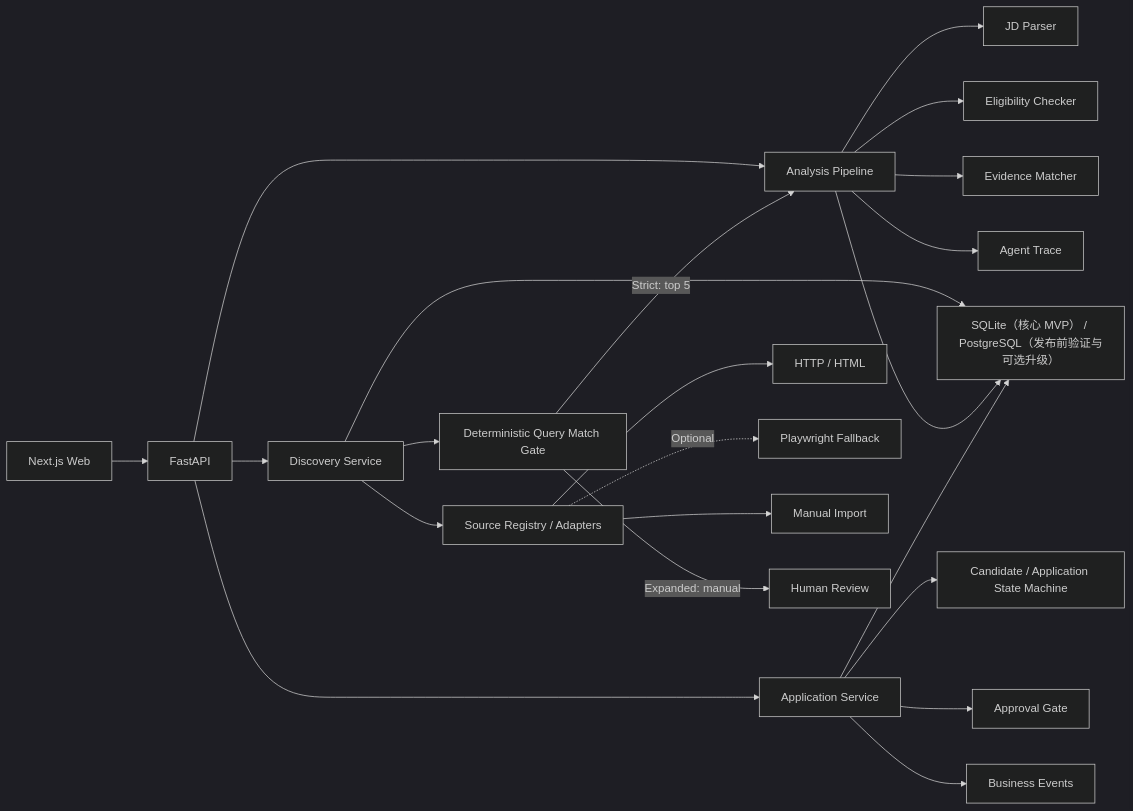
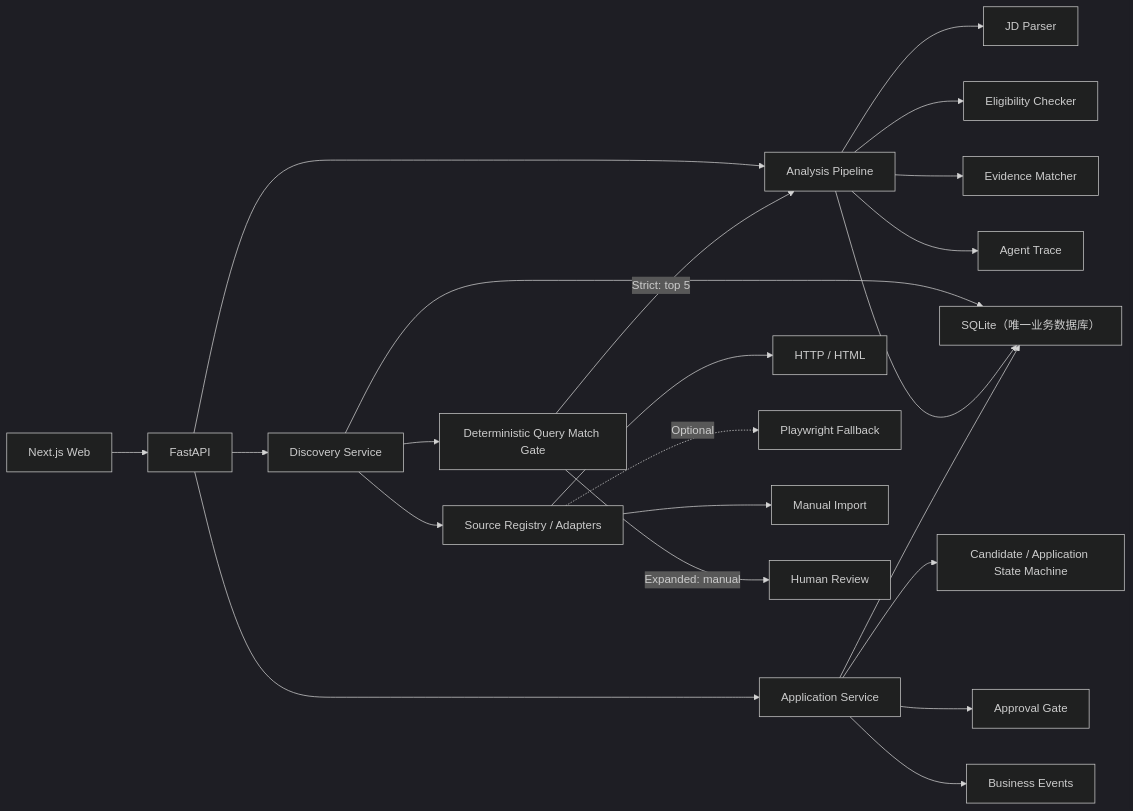
The first of 2 diagrams in README.md (qingyingxy/jobflow-agent), drawn with Mermaid (dark theme) before and after one commit. The commit also changed other lines of this file and 20 other files, not shown here.

````diff
--- a/README.md
+++ b/README.md
@@ -554,28 +554,28 @@
 ```mermaid
 flowchart LR
     UI["Next.js Web"] --> API["FastAPI"]
     API --> DISCOVERY["Discovery Service"]
     API --> ANALYSIS["Analysis Pipeline"]
     API --> APPLICATION["Application Service"]
 
     DISCOVERY --> SOURCES["Source Registry / Adapters"]
     SOURCES --> HTTP["HTTP / HTML"]
     SOURCES -. Optional .-> BROWSER["Playwright Fallback"]
     SOURCES --> MANUAL["Manual Import"]
     DISCOVERY --> GATE["Deterministic Query Match Gate"]
     GATE -->|"Strict: top 5"| ANALYSIS
     GATE -->|"Expanded: manual"| HUMAN["Human Review"]
 
     ANALYSIS --> PARSER["JD Parser"]
     ANALYSIS --> ELIGIBILITY["Eligibility Checker"]
     ANALYSIS --> MATCHER["Evidence Matcher"]
 
     APPLICATION --> STATE["Candidate / Application State Machine"]
     APPLICATION --> APPROVAL["Approval Gate"]
     APPLICATION --> EVENTS["Business Events"]
     ANALYSIS --> TRACE["Agent Trace"]
 
-    DISCOVERY --> DB["SQLite（核心 MVP） / PostgreSQL（发布前验证与可选升级）"]
+    DISCOVERY --> DB["SQLite（唯一业务数据库）"]
     ANALYSIS --> DB
     APPLICATION --> DB
 ```
````
